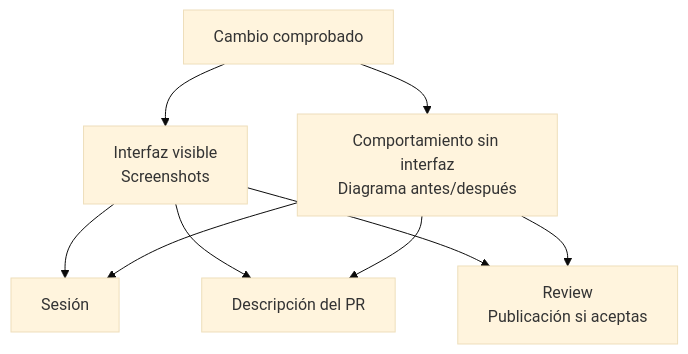
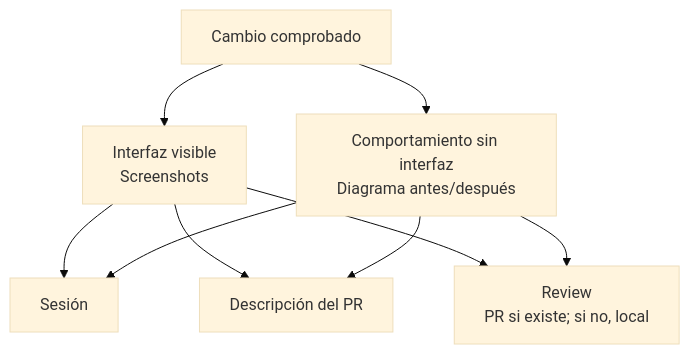
Before and after one commit to peqa-ai/peqa-workflows: the fourth of 8 diagrams in README.md, drawn with Mermaid (base theme). The commit also changed other lines of this file and 20 other files, not shown here.

````diff
--- a/README.md
+++ b/README.md
@@ -161,15 +163,15 @@
 ```mermaid
 flowchart TD
     accTitle: Evidencia visual según el tipo de cambio
-    accDescr: Un cambio de interfaz se acompaña con screenshots y uno de comportamiento sin interfaz con un diagrama antes y después. La evidencia se muestra en la sesión, se adjunta al PR y acompaña los hallazgos del review, que se publica como comentario solo si aceptas.
+    accDescr: Un cambio de interfaz se acompaña con screenshots y uno de comportamiento sin interfaz con un diagrama antes y después. La evidencia se muestra en la sesión, se adjunta al PR y acompaña los hallazgos del review, que se publica en el PR cuando existe y queda en local si aún no hay PR.
 
     cambio["Cambio comprobado"]
     ui["Interfaz visible<br/>Screenshots"]
     back["Comportamiento sin interfaz<br/>Diagrama antes/después"]
     sesion["Sesión"]
     pr["Descripción del PR"]
-    review["Review<br/>Publicación si aceptas"]
+    review["Review<br/>PR si existe; si no, local"]
 
     cambio --> ui & back
     ui & back --> sesion & pr & review
 ```
````
